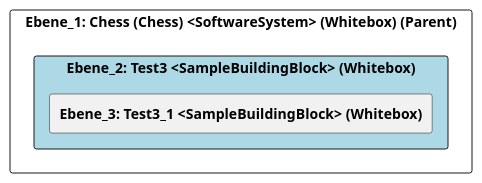
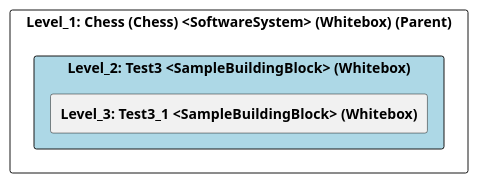
The diagram in src/cleon.architecturemethods.arc42.sample/doc/cleon_architecturemethods_arc42_sample_arc42/adoc/de/05_bausteinsicht/chess/test3/ebene_2_test3.adoc (marcozwyssig/cleon), drawn with PlantUML before and after one commit. The commit also changed other lines of this file and 169 other files, not shown here.

```diff
--- a/src/cleon.architecturemethods.arc42.sample/doc/cleon_architecturemethods_arc42_sample_arc42/adoc/de/05_bausteinsicht/chess/test3/ebene_2_test3.adoc
+++ b/src/cleon.architecturemethods.arc42.sample/doc/cleon_architecturemethods_arc42_sample_arc42/adoc/de/05_bausteinsicht/chess/test3/ebene_2_test3.adoc
@@ -24,24 +24,24 @@
-[plantuml, Ebene_2: Test3 <SampleBuildingBlock> (Whitebox)BlockOverview, format="svg"]
+[plantuml, Level_2: Test3 <SampleBuildingBlock> (Whitebox)BlockOverview, format="svg"]
 ----
-@startuml Ebene_2: Test3 <SampleBuildingBlock> (Whitebox)BuildingBlockOverview
+@startuml Level_2: Test3 <SampleBuildingBlock> (Whitebox)BuildingBlockOverview
 
 skinparam ranksep 10
 skinparam componentStyle rectangle
 skinparam shadowing false
 skinparam arrowColor lightblue
 skinparam arrowThickness 1.2
 skinparam rectangle {
   BackgroundColor White
   BorderColor #333
   RoundCorner 10
 }
 top to bottom direction
 
-component "Ebene_1: Chess (Chess) <SoftwareSystem> (Whitebox) (Parent)" {
-    component "Ebene_2: Test3 <SampleBuildingBlock> (Whitebox)" #lightblue {
-        [**Ebene_3: Test3_1 <SampleBuildingBlock> (Whitebox)**] as 489CD281_D579_11EE_903E_9F564E4DE07E
+component "Level_1: Chess (Chess) <SoftwareSystem> (Whitebox) (Parent)" {
+    component "Level_2: Test3 <SampleBuildingBlock> (Whitebox)" #lightblue {
+        [**Level_3: Test3_1 <SampleBuildingBlock> (Whitebox)**] as 489CD281_D579_11EE_903E_9F564E4DE07E
     }
 }
 
 @enduml
 ----
```
